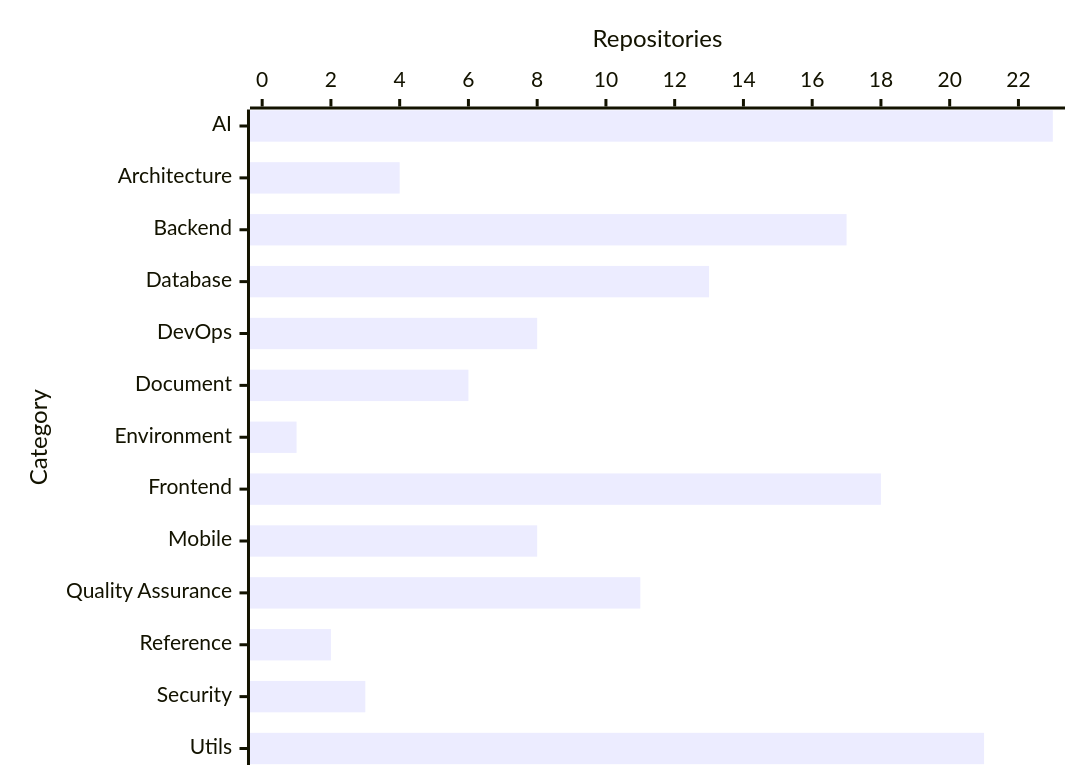
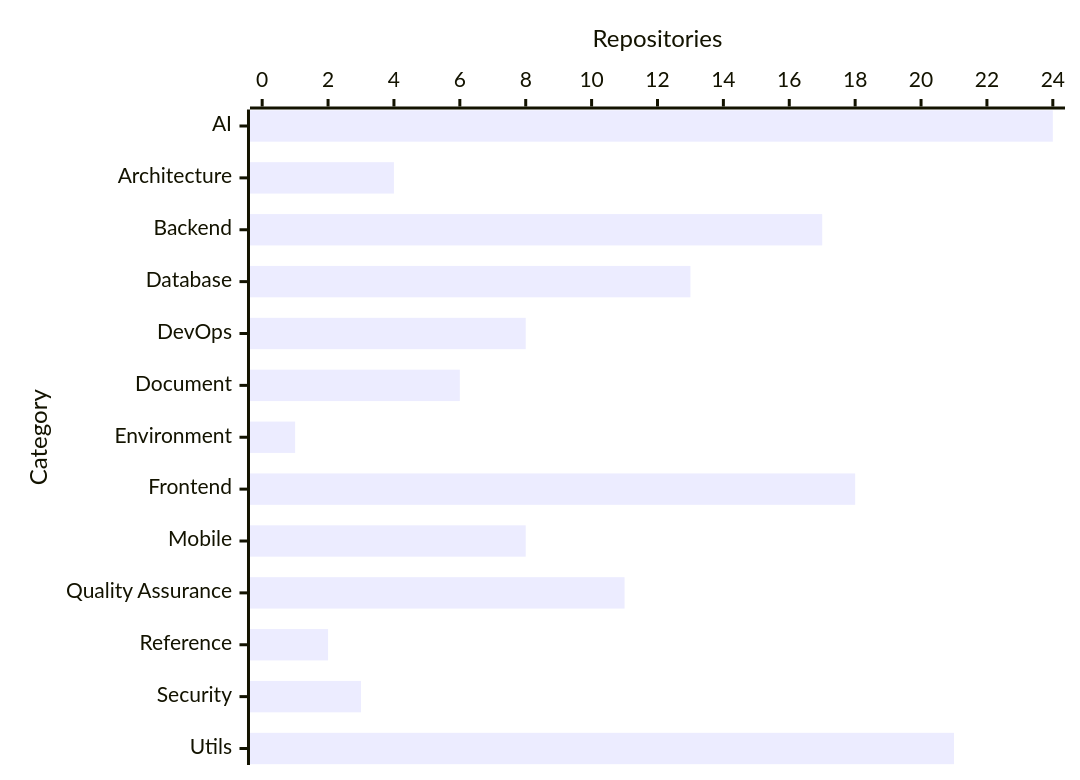
Before and after one commit to prawee/resource: the diagram in README.md, drawn with Mermaid. The commit also changed other lines of this file, not shown here.

````diff
--- a/README.md
+++ b/README.md
@@ -11,6 +11,6 @@
 ```mermaid
 xychart-beta horizontal
     x-axis "Category" ["AI", "Architecture", "Backend", "Database", "DevOps", "Document", "Environment", "Frontend", "Mobile", "Quality Assurance", "Reference", "Security", "Utils"]
-    y-axis "Repositories" 0 --> 23
-    bar [23, 4, 17, 13, 8, 6, 1, 18, 8, 11, 2, 3, 21]
+    y-axis "Repositories" 0 --> 24
+    bar [24, 4, 17, 13, 8, 6, 1, 18, 8, 11, 2, 3, 21]
 ```
````
